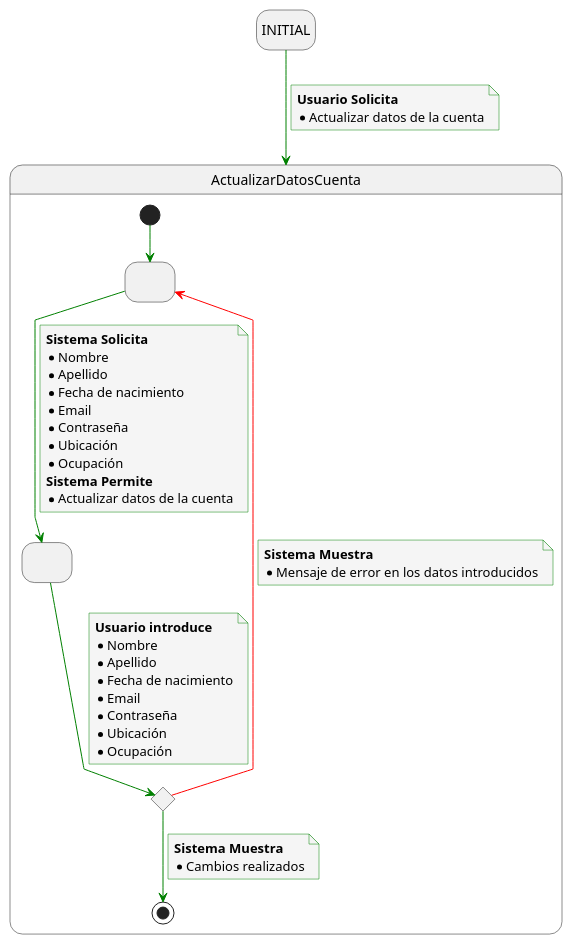
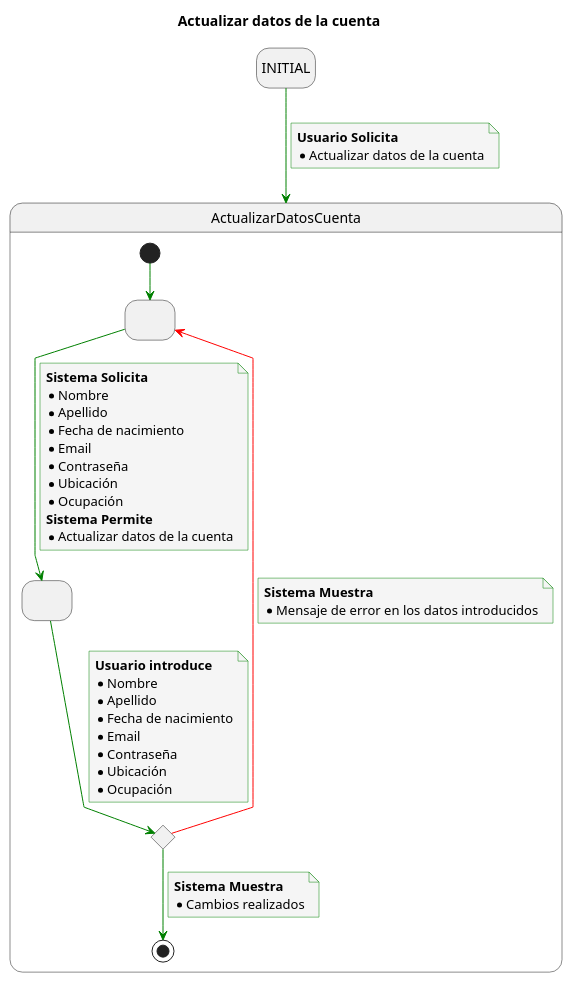
The diagram in Caso_de_Uso/Casos_de_Uso/Egresado/Actualizar_Datos_Cuenta/Caso_de_Uso.puml (mmasias/23-24-IdSw1-SDR), drawn with PlantUML before and after one commit. The commit also changed 7 other files, not shown here.

Commit message:
Listar datos cuenta caso de uso

```diff
--- a/Caso_de_Uso/Casos_de_Uso/Egresado/Actualizar_Datos_Cuenta/Caso_de_Uso.puml
+++ b/Caso_de_Uso/Casos_de_Uso/Egresado/Actualizar_Datos_Cuenta/Caso_de_Uso.puml
@@ -1,66 +1,69 @@
 @startuml
+
+title Actualizar datos de la cuenta
+
 skinparam {
     NoteBackgroundColor #whiteSmoke
     ArrowColor #green
     NoteBorderColor #green
     linetype polyline
 }
 
 hide empty description
 
 state startState as "INITIAL"
 
 startState --> ActualizarDatosCuenta
 note on link
     <b>Usuario Solicita</b>
     * Actualizar datos de la cuenta
 end note
 
 state ActualizarDatosCuenta {
 state 2 as " "
 state 3 as " "
 state 4 <<choice>>
 
 [*] -down-> 2
 
 2 -down-> 3
 note on link
 <b>Sistema Solicita</b>
 * Nombre
 * Apellido
 * Fecha de nacimiento
 * Email
 * Contraseña
 * Ubicación
 * Ocupación
 <b>Sistema Permite</b>
 * Actualizar datos de la cuenta
 end note
 
 3 -down-> 4
 note on link
 <b>Usuario introduce</b>
 * Nombre
 * Apellido
 * Fecha de nacimiento
 * Email
 * Contraseña
 * Ubicación
 * Ocupación
 end note
 
 4 -down-> [*]
 note on link
 <b>Sistema Muestra</b>
 * Cambios realizados
 end note
 
 4 -[#red]-> 2
 note on link
 <b>Sistema Muestra</b>
 * Mensaje de error en los datos introducidos
 end note
 
 }
 
 @enduml
```
